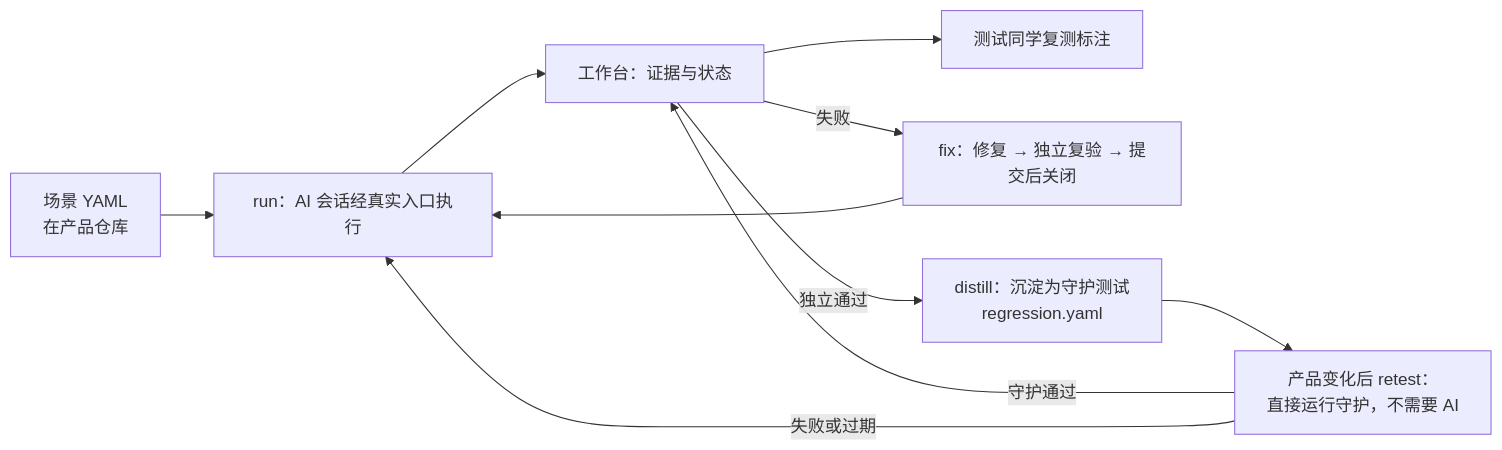
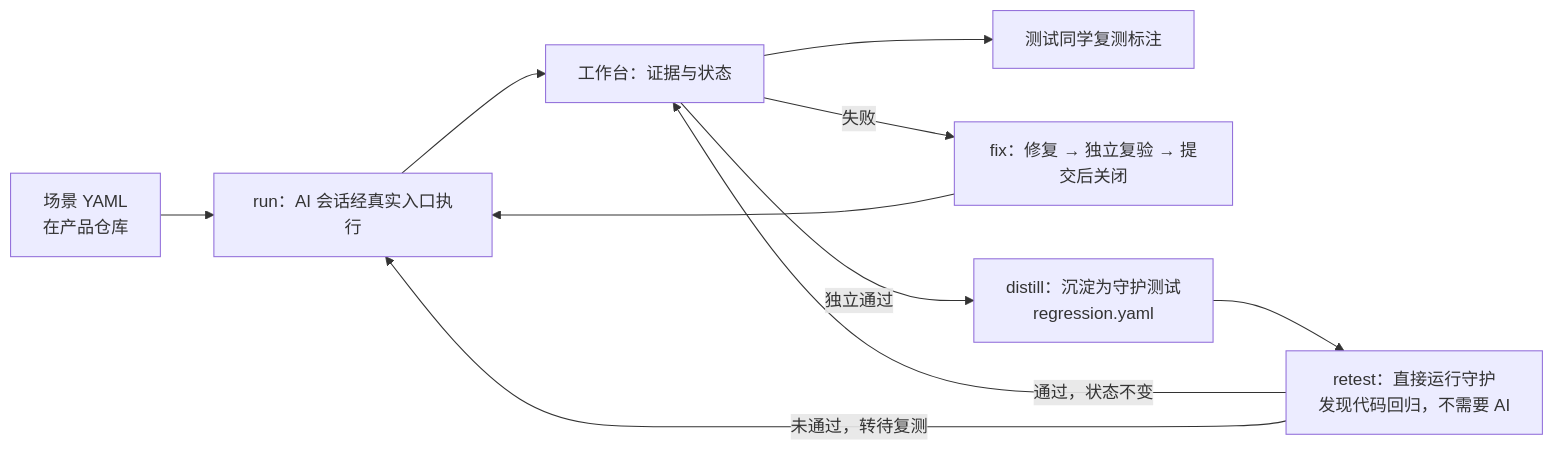
One commit to AdolphKevin/sop-board changed the diagram in README.md. Above: the diagram before and after it, drawn with Mermaid. The commit also changed other lines of this file and 25 other files, not shown here.

````diff
--- a/README.md
+++ b/README.md
@@ -9,12 +9,12 @@
 ```mermaid
 flowchart LR
     S[场景 YAML<br/>在产品仓库] --> R[run：AI 会话经真实入口执行]
     R --> B[工作台：证据与状态]
     B --> T[测试同学复测标注]
     B -->|失败| F[fix：修复 → 独立复验 → 提交后关闭]
     F --> R
     B -->|独立通过| D[distill：沉淀为守护测试<br/>regression.yaml]
-    D --> G[产品变化后 retest：<br/>直接运行守护，不需要 AI]
-    G -->|守护通过| B
-    G -->|失败或过期| R
+    D --> G[retest：直接运行守护<br/>发现代码回归，不需要 AI]
+    G -->|通过，状态不变| B
+    G -->|未通过，转待复测| R
 ```
````
